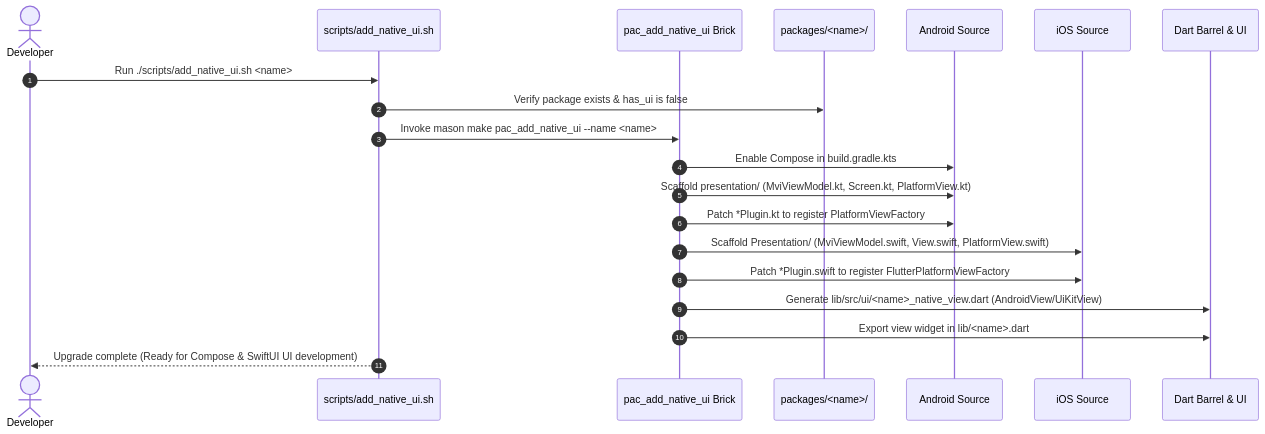
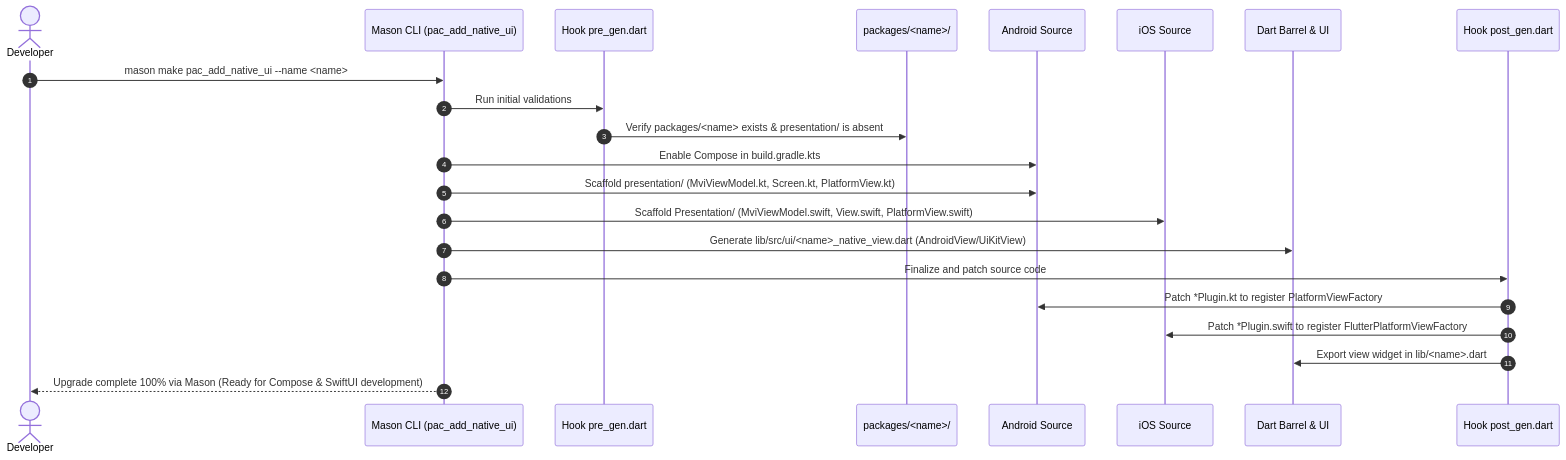
The third of 3 diagrams in .devtool/epic/flutter_super_app_template/flutter_super_app_template.en.md (DanhDue/bloc_digital_wallet), drawn with Mermaid before and after one commit. The commit also changed other lines of this file and 2 other files, not shown here.

Commit message:
docs: standardize pac_add_native_ui and pac_rename_project as pure mason bricks

````diff
--- a/.devtool/epic/flutter_super_app_template/flutter_super_app_template.en.md
+++ b/.devtool/epic/flutter_super_app_template/flutter_super_app_template.en.md
@@ -130,23 +130,25 @@
 ```mermaid
 sequenceDiagram
     autonumber
     actor Dev as Developer
-    participant Script as scripts/add_native_ui.sh
-    participant Mason as pac_add_native_ui Brick
+    participant Mason as Mason CLI (pac_add_native_ui)
+    participant HookPre as Hook pre_gen.dart
     participant PluginDir as packages/<name>/
     participant Android as Android Source
     participant iOS as iOS Source
     participant Dart as Dart Barrel & UI
+    participant HookPost as Hook post_gen.dart
 
-    Dev->>Script: Run ./scripts/add_native_ui.sh <name>
-    Script->>PluginDir: Verify package exists & has_ui is false
-    Script->>Mason: Invoke mason make pac_add_native_ui --name <name>
+    Dev->>Mason: mason make pac_add_native_ui --name <name>
+    Mason->>HookPre: Run initial validations
+    HookPre->>PluginDir: Verify packages/<name> exists & presentation/ is absent
     Mason->>Android: Enable Compose in build.gradle.kts
     Mason->>Android: Scaffold presentation/ (MviViewModel.kt, Screen.kt, PlatformView.kt)
-    Mason->>Android: Patch *Plugin.kt to register PlatformViewFactory
     Mason->>iOS: Scaffold Presentation/ (MviViewModel.swift, View.swift, PlatformView.swift)
-    Mason->>iOS: Patch *Plugin.swift to register FlutterPlatformViewFactory
     Mason->>Dart: Generate lib/src/ui/<name>_native_view.dart (AndroidView/UiKitView)
-    Mason->>Dart: Export view widget in lib/<name>.dart
-    Script-->>Dev: Upgrade complete (Ready for Compose & SwiftUI UI development)
+    Mason->>HookPost: Finalize and patch source code
+    HookPost->>Android: Patch *Plugin.kt to register PlatformViewFactory
+    HookPost->>iOS: Patch *Plugin.swift to register FlutterPlatformViewFactory
+    HookPost->>Dart: Export view widget in lib/<name>.dart
+    Mason-->>Dev: Upgrade complete 100% via Mason (Ready for Compose & SwiftUI development)
 ```
````
